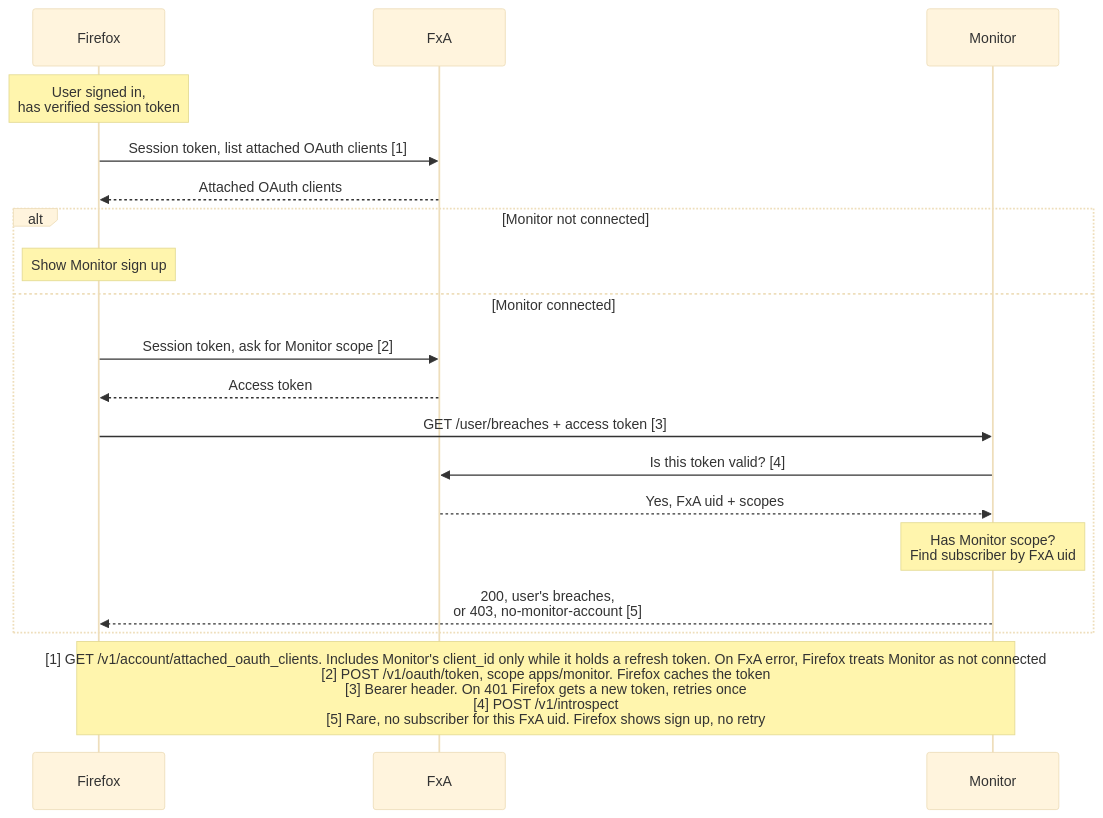
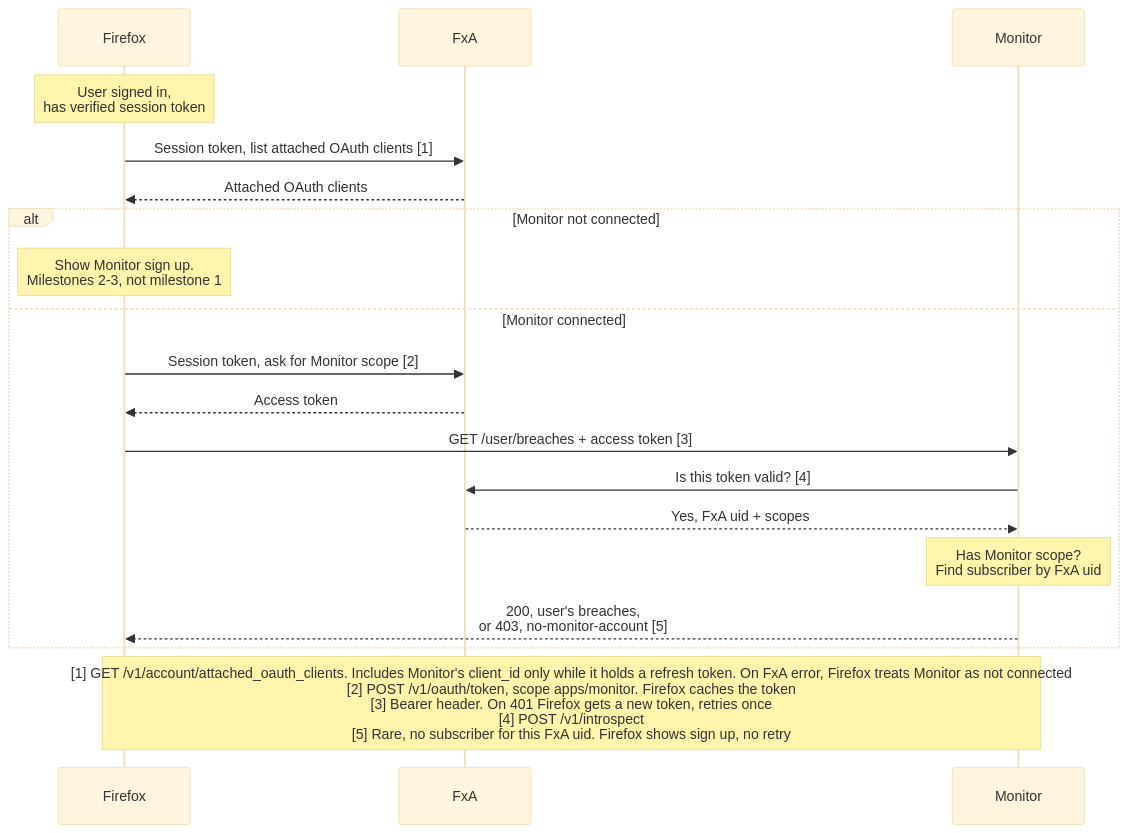
One commit to mozilla/blurts-server changed the diagram in docs/architecture/flows/firefox-api-auth.md. Above: the diagram before and after it, drawn with Mermaid (base theme).

Commit message:
docs(fx-api): defer the Monitor sign up path past milestone 1

````diff
--- a/docs/architecture/flows/firefox-api-auth.md
+++ b/docs/architecture/flows/firefox-api-auth.md
@@ -37,23 +37,23 @@
 ```mermaid
 sequenceDiagram
     participant FE as Firefox
     participant FxA
     participant BE as Monitor
 
     Note over FE: User signed in,<br/>has verified session token
     FE->>FxA: Session token, list attached OAuth clients [1]
     FxA-->>FE: Attached OAuth clients
     alt Monitor not connected
-        Note over FE: Show Monitor sign up
+        Note over FE: Show Monitor sign up.<br/>Milestones 2-3, not milestone 1
     else Monitor connected
         FE->>FxA: Session token, ask for Monitor scope [2]
         FxA-->>FE: Access token
         FE->>BE: GET /user/breaches + access token [3]
         BE->>FxA: Is this token valid? [4]
         FxA-->>BE: Yes, FxA uid + scopes
         Note over BE: Has Monitor scope?<br/>Find subscriber by FxA uid
         BE-->>FE: 200, user's breaches,<br/>or 403, no-monitor-account [5]
     end
 
     Note over FE,BE: [1] GET /v1/account/attached_oauth_clients. Includes Monitor's client_id only while it holds a refresh token. On FxA error, Firefox treats Monitor as not connected<br/>[2] POST /v1/oauth/token, scope apps/monitor. Firefox caches the token<br/>[3] Bearer header. On 401 Firefox gets a new token, retries once<br/>[4] POST /v1/introspect<br/>[5] Rare, no subscriber for this FxA uid. Firefox shows sign up, no retry
 ```
````
